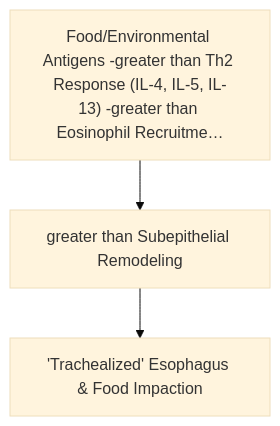
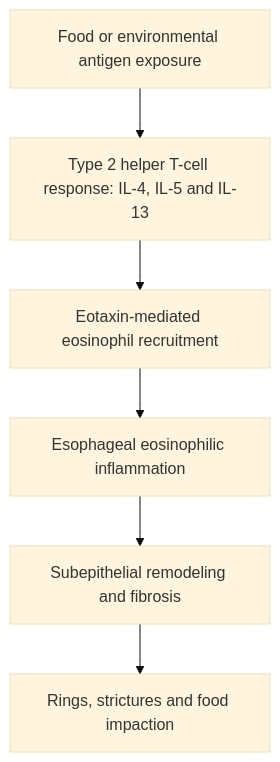
The second of 3 diagrams in Canonical notes/GIT/GIT_Chapter_09_Pathology_Esophagus.md (kartikswami768/neet-pg), drawn with Mermaid (base theme) before and after one commit. The commit also changed other lines of this file and 27 other files, not shown here.

````diff
--- a/Canonical notes/GIT/GIT_Chapter_09_Pathology_Esophagus.md
+++ b/Canonical notes/GIT/GIT_Chapter_09_Pathology_Esophagus.md
@@ -124,6 +130,8 @@
 ```mermaid
 flowchart TD
-  A["Food/Environmental Antigens -greater than Th2 Response (IL-4, IL-5, IL-13) -greater than Eosinophil Recruitme…"]
-  A --> N1["greater than Subepithelial Remodeling"]
-  N1 --> N2["'Trachealized' Esophagus & Food Impaction"]
+    A["Food or environmental antigen exposure"] --> B["Type 2 helper T-cell response: IL-4, IL-5 and IL-13"]
+    B --> C["Eotaxin-mediated eosinophil recruitment"]
+    C --> D["Esophageal eosinophilic inflammation"]
+    D --> E["Subepithelial remodeling and fibrosis"]
+    E --> F["Rings, strictures and food impaction"]
 ```
````
